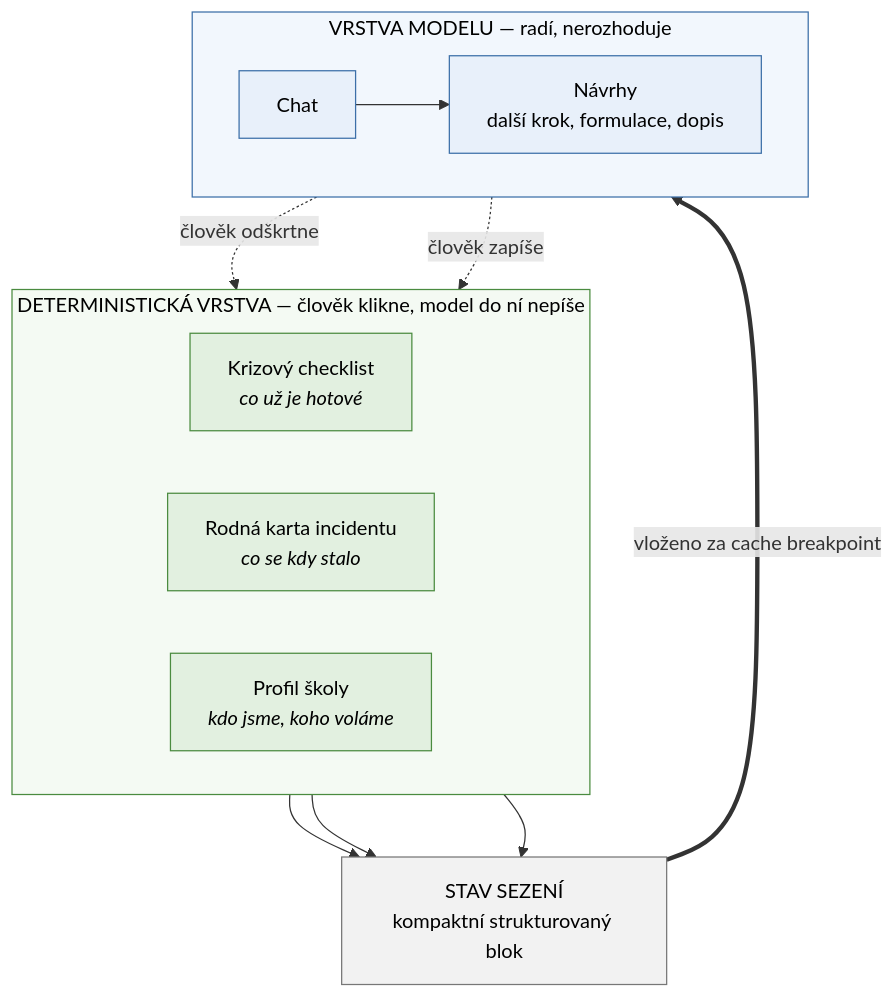
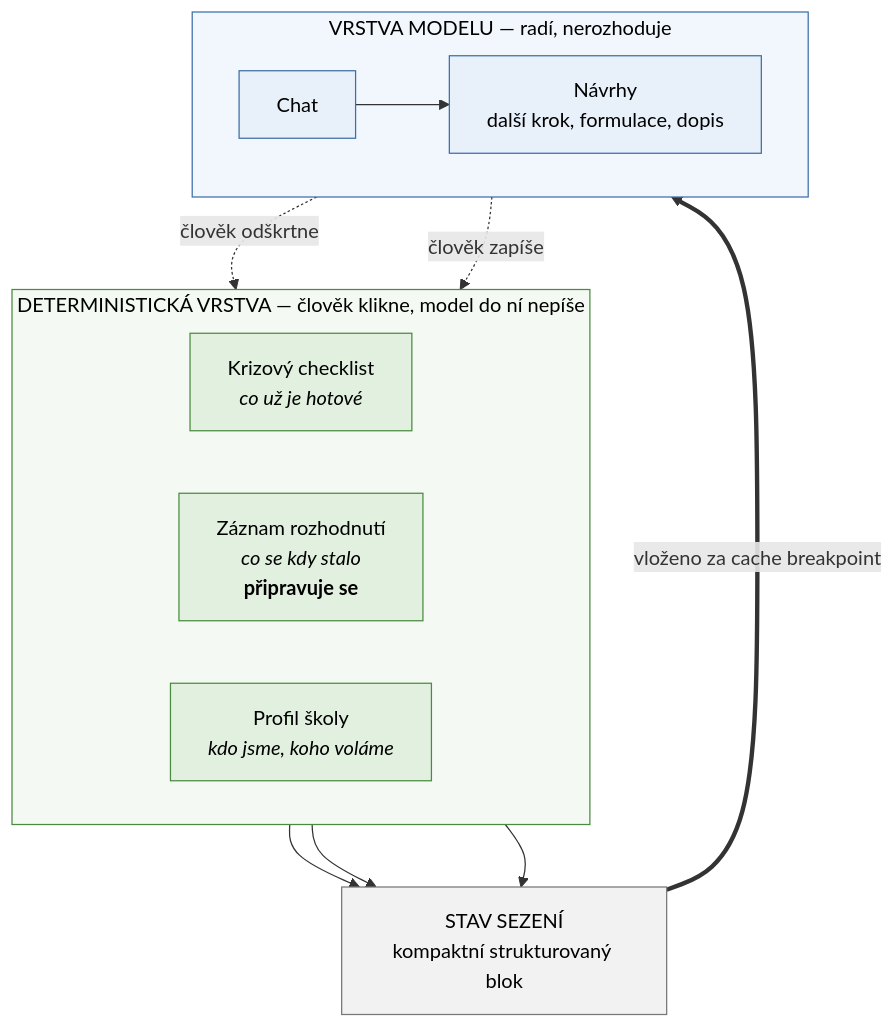
Before and after one commit to aidetemcz/bezpecna-skola: the third of 5 diagrams in dokumentace/navrh-aplikace.md, drawn with Mermaid. The commit also changed other lines of this file and 2 other files, not shown here.

````diff
--- a/dokumentace/navrh-aplikace.md
+++ b/dokumentace/navrh-aplikace.md
@@ -216,34 +224,34 @@
 ```mermaid
 flowchart TB
     subgraph DET["DETERMINISTICKÁ VRSTVA — člověk klikne, model do ní nepíše"]
         direction LR
         CL["Krizový checklist<br/><i>co už je hotové</i>"]
-        RKI["Rodná karta incidentu<br/><i>co se kdy stalo</i>"]
+        RKI["Záznam rozhodnutí<br/><i>co se kdy stalo</i><br/><b>připravuje se</b>"]
         PROF["Profil školy<br/><i>kdo jsme, koho voláme</i>"]
     end
 
     STAV["STAV SEZENÍ<br/>kompaktní strukturovaný blok"]
 
     subgraph MODEL["VRSTVA MODELU — radí, nerozhoduje"]
         direction LR
         CHAT["Chat"]
         NAVRH["Návrhy<br/>další krok, formulace, dopis"]
         CHAT --> NAVRH
     end
 
     CL --> STAV
     RKI --> STAV
     PROF --> STAV
     STAV ==>|"vloženo za cache breakpoint"| CHAT
     NAVRH -.->|"člověk odškrtne"| CL
     NAVRH -.->|"člověk zapíše"| RKI
 
     classDef det fill:#e2f0e0,stroke:#4a8b3f,color:#000
     classDef most fill:#f2f2f2,stroke:#777,color:#000
     classDef llm fill:#e8f0fa,stroke:#3c6fa8,color:#000
     class CL,RKI,PROF det
     class STAV most
     class CHAT,NAVRH llm
     style DET fill:#f4faf3,stroke:#4a8b3f,color:#000
     style MODEL fill:#f2f7fd,stroke:#3c6fa8,color:#000
 ```
````
